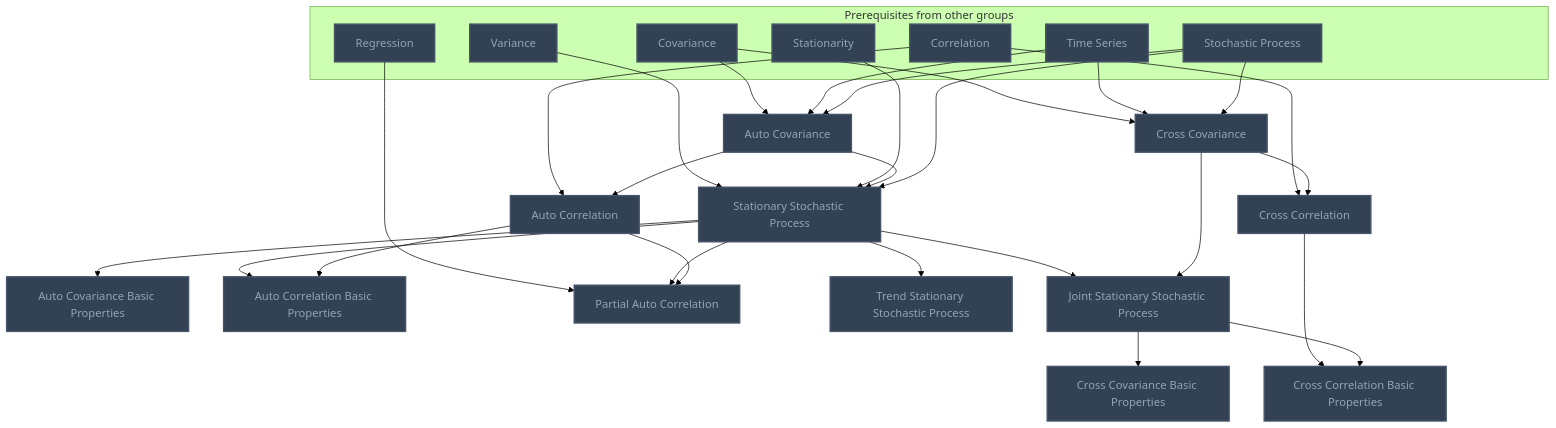
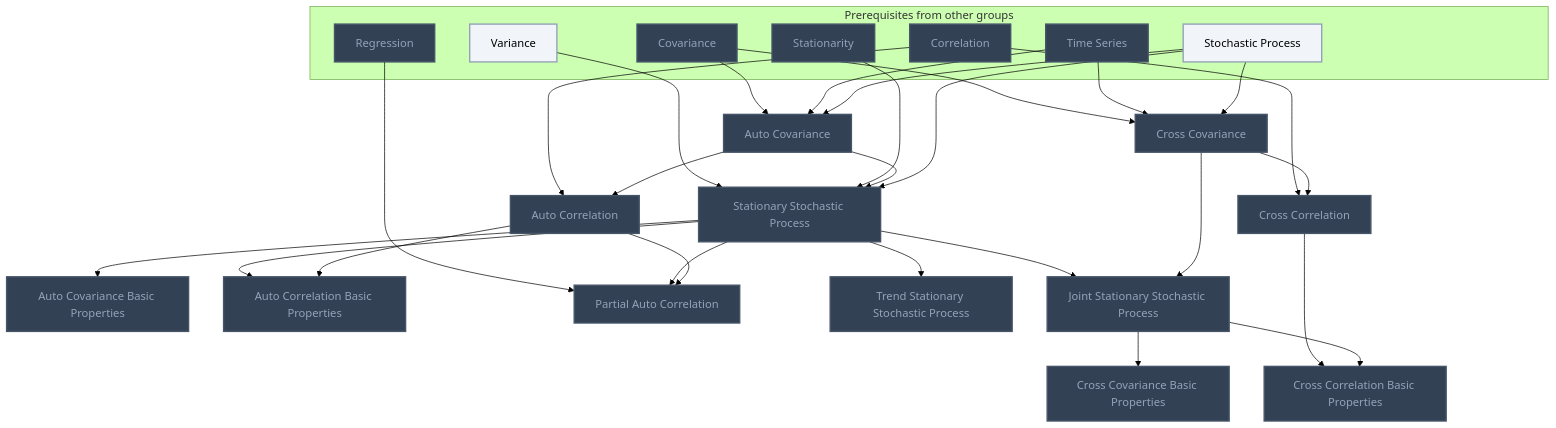
One commit to MRauf1/My-Notes changed the second of 3 diagrams in Gamification/Skill Trees/Time Series Analysis.md. Above: the diagram before and after it, drawn with Mermaid (forest theme). The commit also changed other lines of this file and 145 other files, not shown here.

````diff
--- a/Gamification/Skill Trees/Time Series Analysis.md
+++ b/Gamification/Skill Trees/Time Series Analysis.md
@@ -57,61 +57,62 @@
 ```mermaid
 flowchart TD
     classDef planned fill:#1E293B,stroke:#64748B,stroke-width:2px,stroke-dasharray:5 5,color:#94A3B8;
     classDef locked fill:#334155,stroke:#475569,stroke-width:2px,color:#94A3B8;
     classDef L0 fill:#F1F5F9,stroke:#94A3B8,stroke-width:2px,color:#000000;
     classDef L1 fill:#22C55E,stroke:#15803D,stroke-width:2px,color:#000000;
     classDef L2 fill:#3B82F6,stroke:#1D4ED8,stroke-width:3px,color:#FFFFFF;
     classDef L3 fill:#A855F7,stroke:#6B21A8,stroke-width:3px,color:#FFFFFF,font-weight:bold;
     classDef L4 fill:#F97316,stroke:#C2410C,stroke-width:4px,color:#000000,font-weight:bold;
     classDef L5 fill:#FFD700,stroke:#FF8C00,stroke-width:5px,color:#000000,font-weight:bold;
     classDef rusty stroke:#8B4513,stroke-width:4px,stroke-dasharray:3 3;
     subgraph sg_prereqs["Prerequisites from other groups"]
         n_covariance["Covariance"]
         n_time_series["Time Series"]
         n_variance["Variance"]
         n_stationarity["Stationarity"]
         n_correlation["Correlation"]
         n_regression["Regression"]
         n_stochastic_process["Stochastic Process"]
     end
     n_auto_covariance["Auto Covariance"]
     n_stationary_stochastic_process["Stationary Stochastic Process"]
     n_auto_covariance_basic_properties["Auto Covariance Basic Properties"]
     n_auto_correlation["Auto Correlation"]
     n_auto_correlation_basic_properties["Auto Correlation Basic Properties"]
     n_partial_auto_correlation["Partial Auto Correlation"]
     n_trend_stationary_stochastic_process["Trend Stationary Stochastic Process"]
     n_cross_covariance["Cross Covariance"]
     n_cross_correlation["Cross Correlation"]
     n_joint_stationary_stochastic_process["Joint Stationary Stochastic Process"]
     n_cross_covariance_basic_properties["Cross Covariance Basic Properties"]
     n_cross_correlation_basic_properties["Cross Correlation Basic Properties"]
     n_covariance --> n_auto_covariance
     n_time_series --> n_auto_covariance
     n_variance --> n_stationary_stochastic_process
     n_stationarity --> n_stationary_stochastic_process
     n_auto_covariance --> n_stationary_stochastic_process
     n_stationary_stochastic_process --> n_auto_covariance_basic_properties
     n_correlation --> n_auto_correlation
     n_auto_covariance --> n_auto_correlation
     n_stationary_stochastic_process --> n_auto_correlation_basic_properties
     n_auto_correlation --> n_auto_correlation_basic_properties
     n_regression --> n_partial_auto_correlation
     n_stationary_stochastic_process --> n_partial_auto_correlation
     n_auto_correlation --> n_partial_auto_correlation
     n_stationary_stochastic_process --> n_trend_stationary_stochastic_process
     n_covariance --> n_cross_covariance
     n_time_series --> n_cross_covariance
     n_correlation --> n_cross_correlation
     n_cross_covariance --> n_cross_correlation
     n_stationary_stochastic_process --> n_joint_stationary_stochastic_process
     n_cross_covariance --> n_joint_stationary_stochastic_process
     n_joint_stationary_stochastic_process --> n_cross_covariance_basic_properties
     n_cross_correlation --> n_cross_correlation_basic_properties
     n_joint_stationary_stochastic_process --> n_cross_correlation_basic_properties
     n_stochastic_process --> n_stationary_stochastic_process
     n_stochastic_process --> n_auto_covariance
     n_stochastic_process --> n_cross_covariance
-    class n_covariance,n_time_series,n_variance,n_stationarity,n_correlation,n_regression,n_stochastic_process,n_auto_covariance,n_stationary_stochastic_process,n_auto_covariance_basic_properties,n_auto_correlation,n_auto_correlation_basic_properties,n_partial_auto_correlation,n_trend_stationary_stochastic_process,n_cross_covariance,n_cross_correlation,n_joint_stationary_stochastic_process,n_cross_covariance_basic_properties,n_cross_correlation_basic_properties locked;
+    class n_covariance,n_time_series,n_stationarity,n_correlation,n_regression,n_auto_covariance,n_stationary_stochastic_process,n_auto_covariance_basic_properties,n_auto_correlation,n_auto_correlation_basic_properties,n_partial_auto_correlation,n_trend_stationary_stochastic_process,n_cross_covariance,n_cross_correlation,n_joint_stationary_stochastic_process,n_cross_covariance_basic_properties,n_cross_correlation_basic_properties locked;
+    class n_variance,n_stochastic_process L0;
     class n_covariance,n_time_series,n_variance,n_stationarity,n_correlation,n_regression,n_stochastic_process,n_auto_covariance,n_stationary_stochastic_process,n_auto_covariance_basic_properties,n_auto_correlation,n_auto_correlation_basic_properties,n_partial_auto_correlation,n_trend_stationary_stochastic_process,n_cross_covariance,n_cross_correlation,n_joint_stationary_stochastic_process,n_cross_covariance_basic_properties,n_cross_correlation_basic_properties internal-link;
 ```
````
